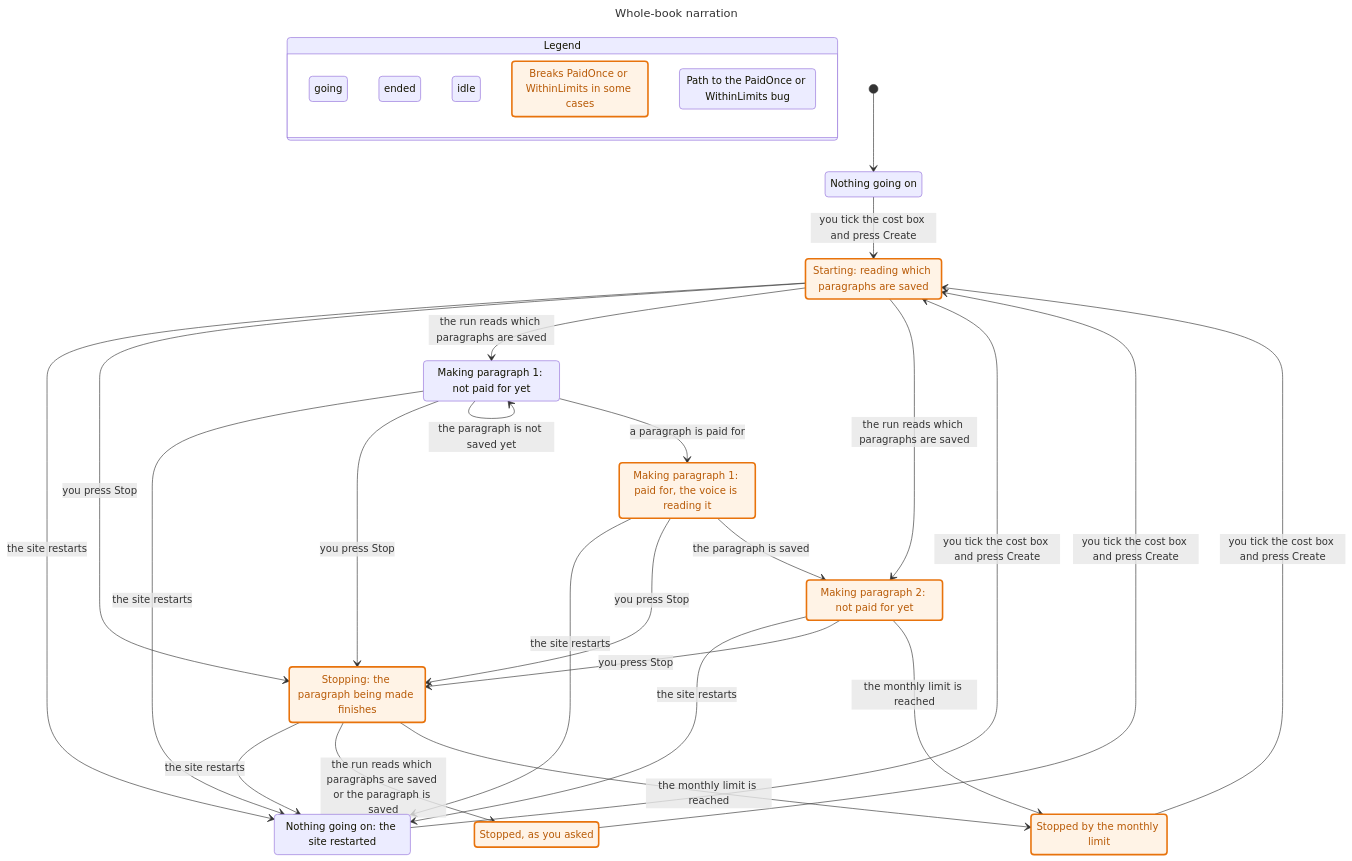
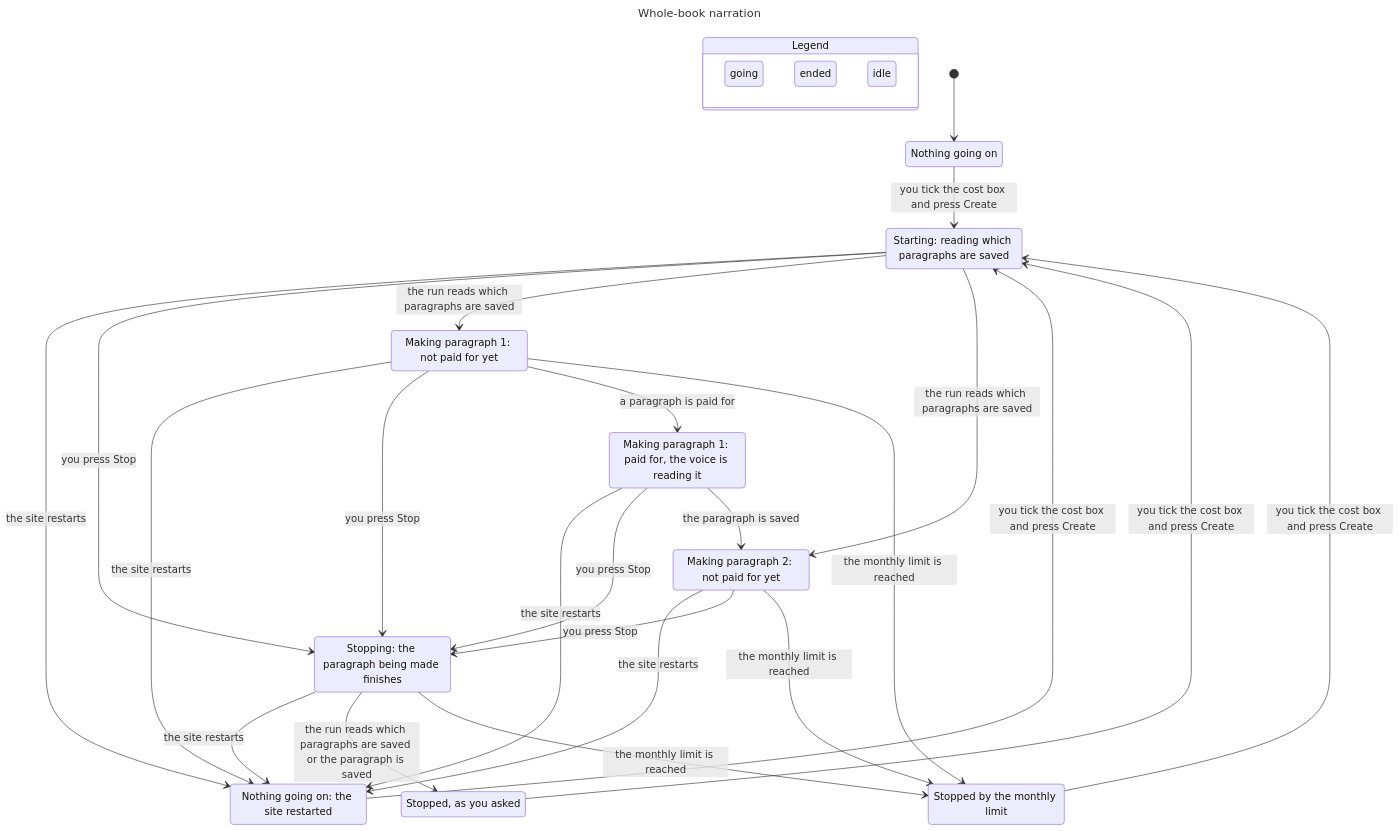
One commit to agenticghx/neolibrary changed the diagram in .claude/skills/verify-narration/narration-flow.mmd. Above: the diagram before and after it, drawn with Mermaid. The commit also changed 21 other files, not shown here.

First line of the commit message:
Narration pays for a paragraph's words once; runs stop cleanly at a deploy (verify-narration 1-3) (#393)

```diff
--- a/.claude/skills/verify-narration/narration-flow.mmd
+++ b/.claude/skills/verify-narration/narration-flow.mmd
@@ -1,68 +1,52 @@
 ---
 title: "Whole-book narration"
 ---
 stateDiagram-v2
   state "Legend" as legend {
     lg0: going
     lg1: ended
     lg2: idle
-    lg3: Breaks PaidOnce or WithinLimits in some cases
-    lg4: Path to the PaidOnce or WithinLimits bug
   }
   class lg0 teal
   class lg1 tan
   class lg2 blue
-  class lg3 mayBreak
-  class lg4 bugPath
   s0: Nothing going on
   s1: Nothing going on: the site restarted
   s2: Starting: reading which paragraphs are saved
   s3: Stopping: the paragraph being made finishes
   s4: Making paragraph 1: not paid for yet
   s5: Stopped, as you asked
   s6: Making paragraph 1: paid for, the voice is reading it
   s7: Making paragraph 2: not paid for yet
   s8: Stopped by the monthly limit
   [*] --> s0
   s0 --> s2: you tick the cost box and press Create
   s1 --> s2: you tick the cost box and press Create
   s2 --> s1: the site restarts
   s2 --> s3: you press Stop
   s2 --> s4: the run reads which paragraphs are saved
   s3 --> s1: the site restarts
   s3 --> s5: the run reads which paragraphs are saved or the paragraph is saved
   s4 --> s1: the site restarts
   s4 --> s3: you press Stop
-  s4 --> s4: the paragraph is not saved yet
+  s5 --> s2: you tick the cost box and press Create
   s4 --> s6: a paragraph is paid for
-  s5 --> s2: you tick the cost box and press Create
   s6 --> s1: the site restarts
   s6 --> s3: you press Stop
   s6 --> s7: the paragraph is saved
   s7 --> s1: the site restarts
   s7 --> s3: you press Stop
+  s2 --> s7: the run reads which paragraphs are saved
   s7 --> s8: the monthly limit is reached
-  s2 --> s7: the run reads which paragraphs are saved
   s8 --> s2: you tick the cost box and press Create
   s3 --> s8: the monthly limit is reached
-  classDef mayBreak fill:#fff3e6,stroke:#e8730c,stroke-width:2.5px,color:#b85a06
+  s4 --> s8: the monthly limit is reached
   class s0 blue
-  class s0 bugPath
   class s1 blue
-  class s1 bugPath
   class s2 teal
-  class s2 mayBreak
-  class s2 bugPath
   class s3 teal
-  class s3 mayBreak
   class s4 teal
-  class s4 bugPath
   class s5 tan
-  class s5 mayBreak
   class s6 teal
-  class s6 mayBreak
-  class s6 bugPath
   class s7 teal
-  class s7 mayBreak
   class s8 tan
-  class s8 mayBreak
```
